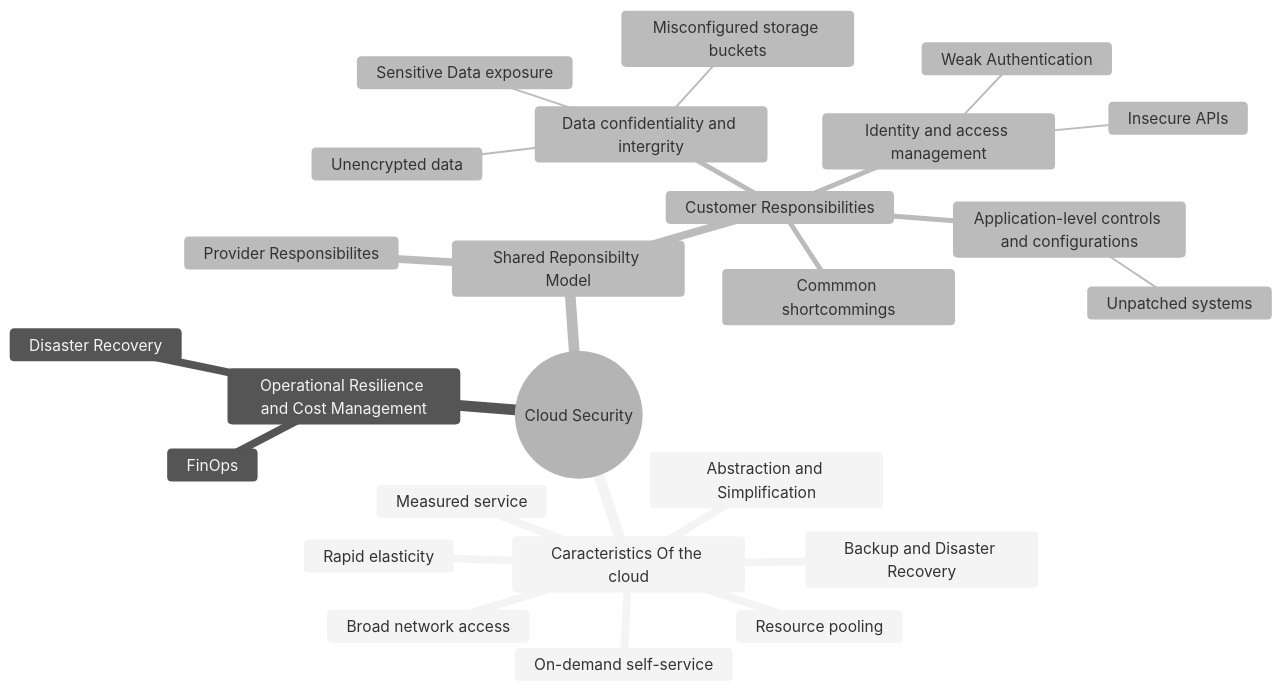
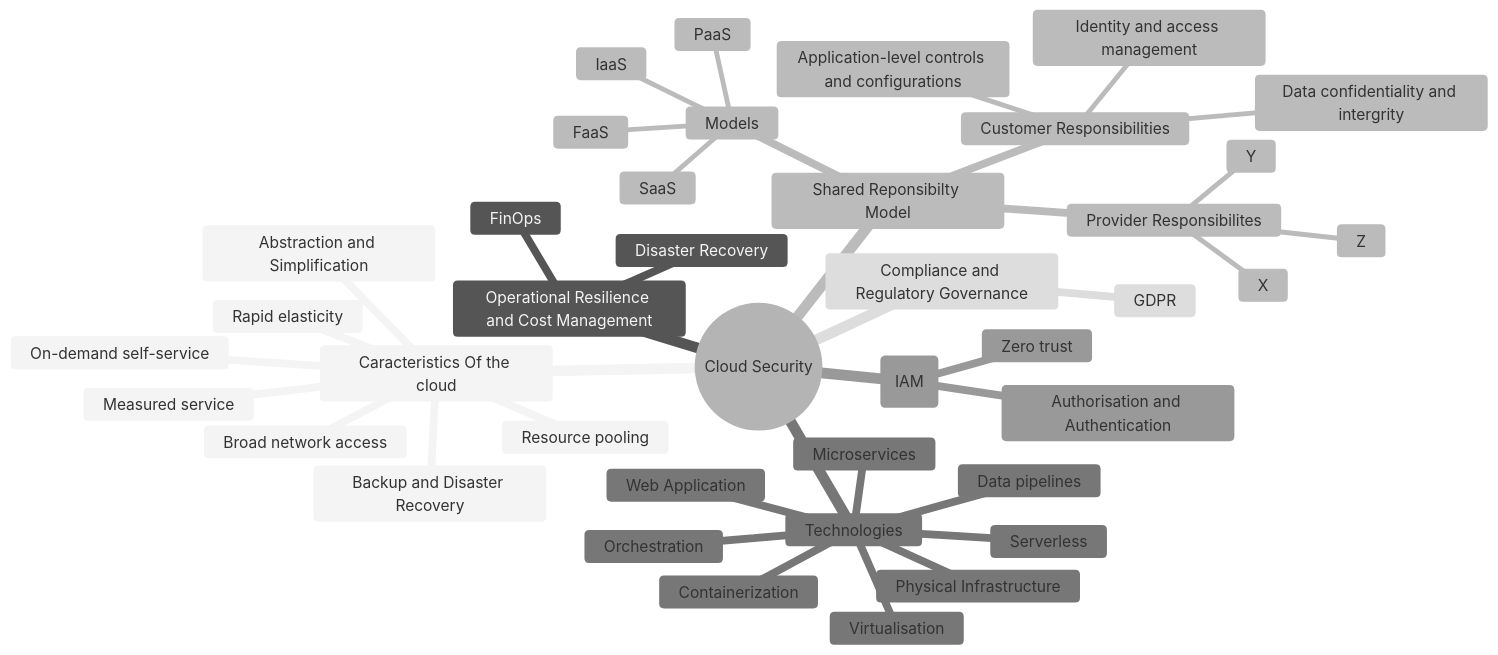
Before and after one commit to Aitbytes/Securite-Cloud: the first of 2 diagrams in content/index.md, drawn with Mermaid (neutral theme). The commit also changed other lines of this file and 3 other files, not shown here.

````diff
--- a/content/index.md
+++ b/content/index.md
@@ -58,28 +24,44 @@
 ```mermaid
 mindmap
 	root((Cloud Security))
 		Caracteristics Of the cloud
 			On-demand self-service
 			Broad network access
 			Resource pooling
 			Rapid elasticity
 			Measured service
 			Abstraction and Simplification
 			Backup and Disaster Recovery
 		Operational Resilience and Cost Management
 			FinOps
 			Disaster Recovery
 		Shared Reponsibilty Model
 			Customer Responsibilities
 				Data confidentiality and intergrity
-					Sensitive Data exposure
-					Unencrypted data
-					Misconfigured storage buckets
 				Identity and access management
-					Insecure APIs
-					Weak Authentication
 				Application-level controls and configurations
-					Unpatched systems
-				Commmon shortcommings
 			Provider Responsibilites
+				X 
+				Y
+				Z
+			Models
+				SaaS
+				IaaS
+				FaaS
+				PaaS
+		Technologies
+			Physical Infrastructure
+			Virtualisation
+			Containerization
+			Microservices
+			Orchestration
+			Serverless
+			Web Application
+			Data pipelines
+		Identity and Access Management (IAM)
+			Authorisation and Authentication
+			Zero trust
+		Compliance and Regulatory Governance
+			GDPR
+			
 ```
````
